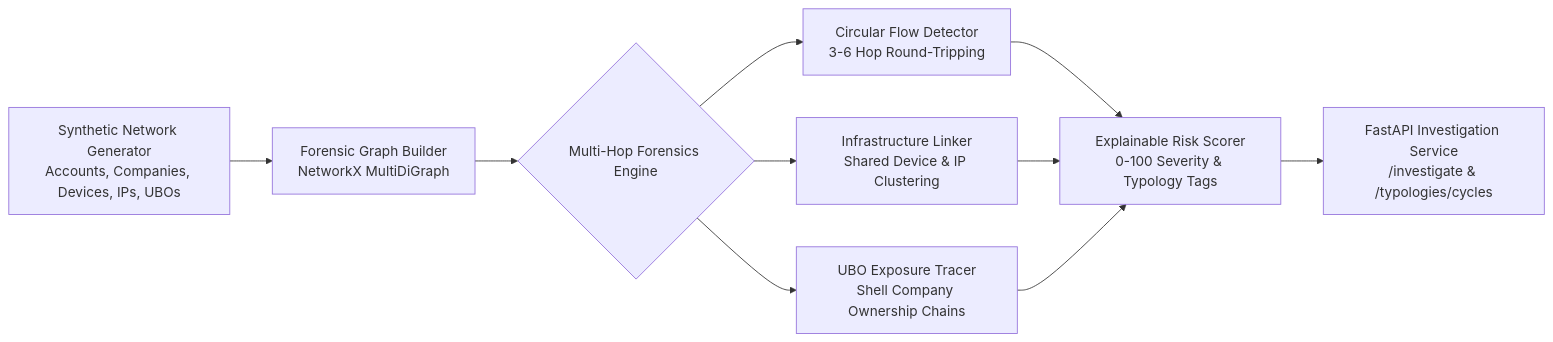
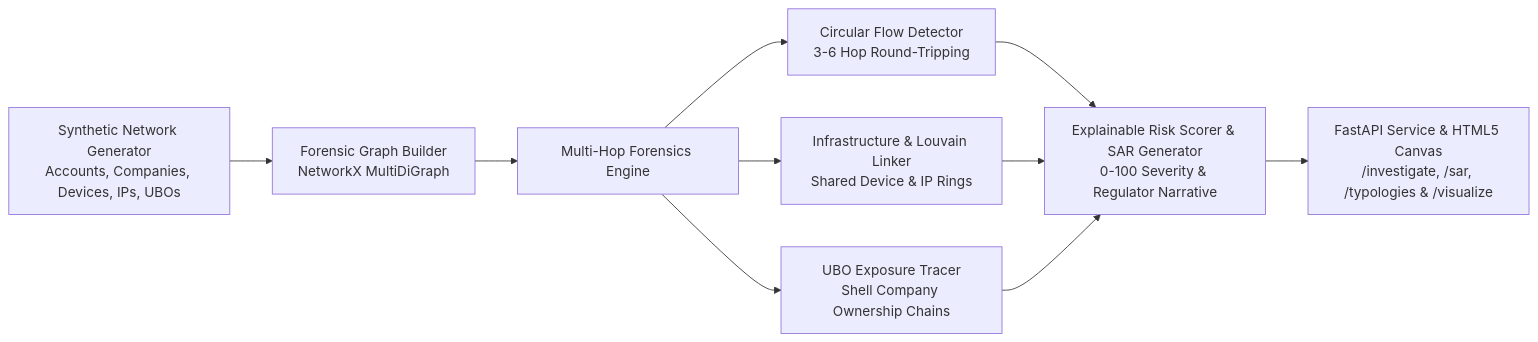
Before and after one commit to oscartandi/fin-forensics-entity-linker: the diagram in README.md, drawn with Mermaid. The commit also changed other lines of this file and 2 other files, not shown here.

Commit message:
feat: add interactive canvas visualizer and update README

````diff
--- a/README.md
+++ b/README.md
@@ -14,10 +14,12 @@
 ```mermaid
 flowchart LR
     A[Synthetic Network Generator<br/>Accounts, Companies, Devices, IPs, UBOs] --> B[Forensic Graph Builder<br/>NetworkX MultiDiGraph]
-    B --> C{Multi-Hop Forensics Engine}
+    B --> C[Multi-Hop Forensics Engine]
     C --> D[Circular Flow Detector<br/>3-6 Hop Round-Tripping]
-    C --> E[Infrastructure Linker<br/>Shared Device & IP Clustering]
+    C --> E[Infrastructure & Louvain Linker<br/>Shared Device & IP Rings]
     C --> F[UBO Exposure Tracer<br/>Shell Company Ownership Chains]
-    D & E & F --> G[Explainable Risk Scorer<br/>0-100 Severity & Typology Tags]
-    G --> H[FastAPI Investigation Service<br/>/investigate & /typologies/cycles]
-```
+    D --> G[Explainable Risk Scorer & SAR Generator<br/>0-100 Severity & Regulator Narrative]
+    E --> G
+    F --> G
+    G --> H[FastAPI Service & HTML5 Canvas<br/>/investigate, /sar, /typologies & /visualize]
+  ```
````
